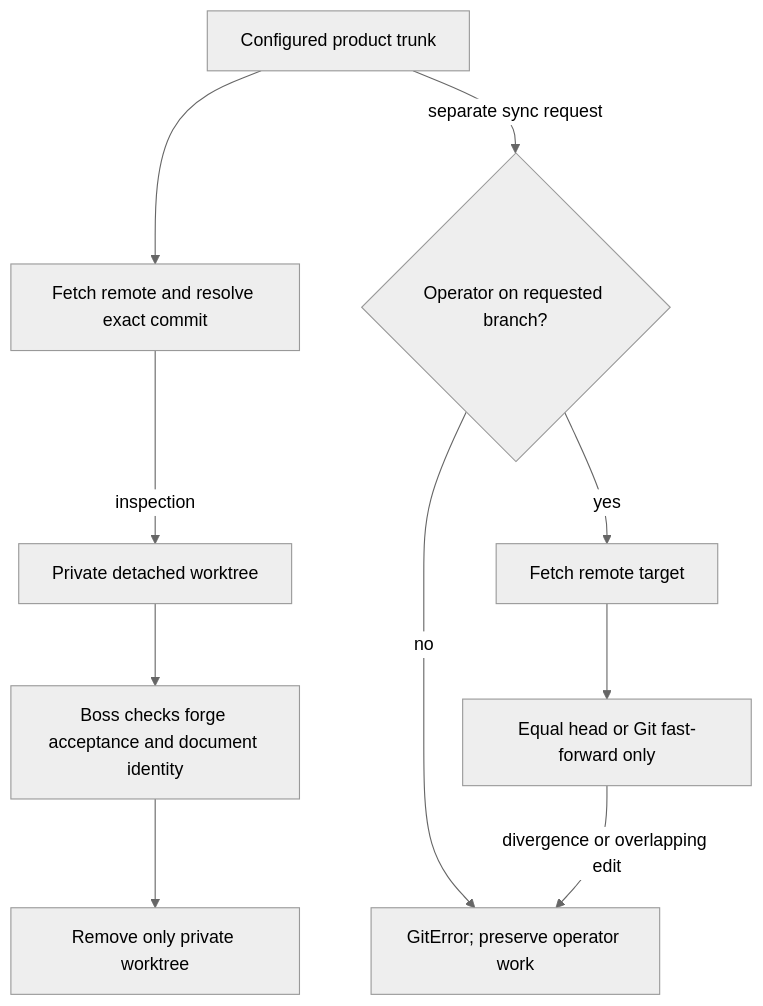
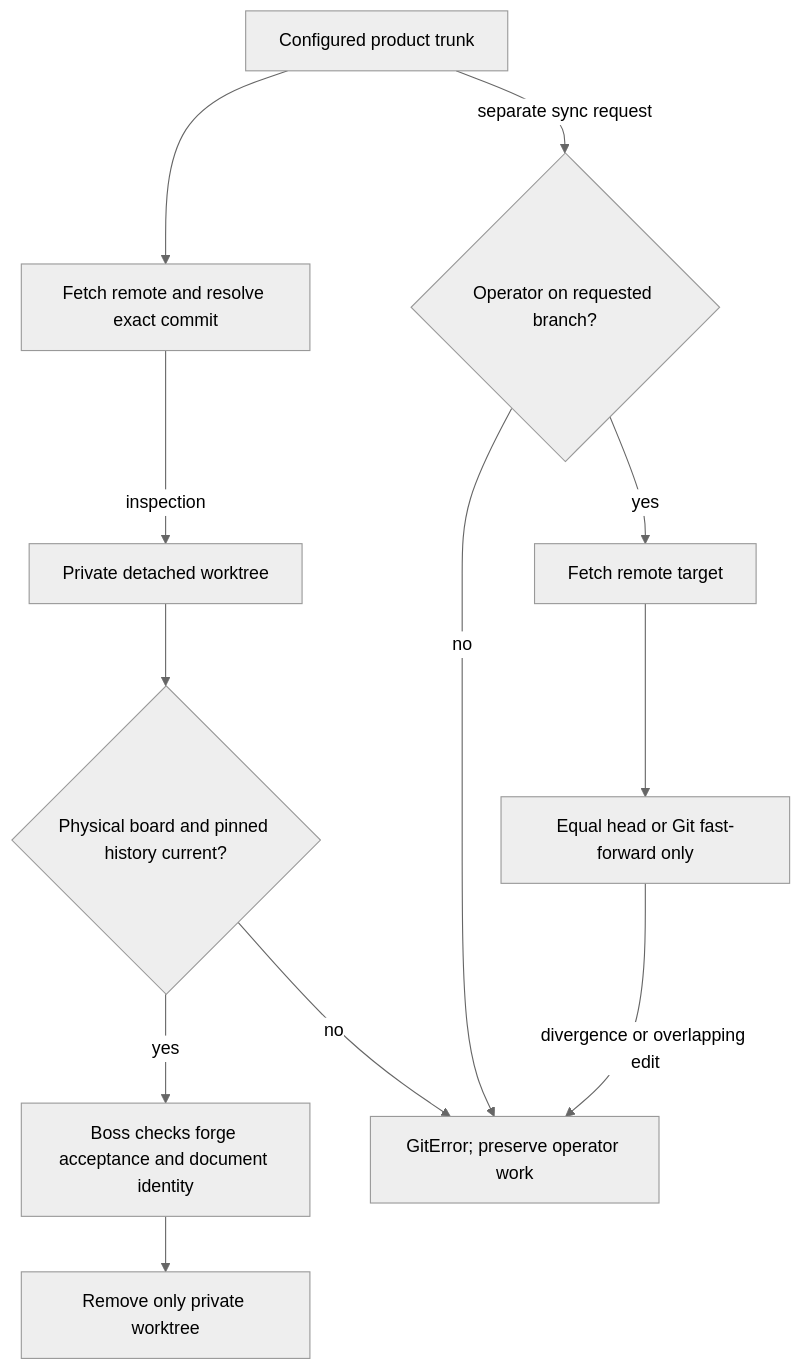
Before and after one commit to vincentc-b/CascadeCode: the first of 6 diagrams in cascade/workspace/DESIGN.md, drawn with Mermaid (neutral theme). The commit also changed other lines of this file and 13 other files, not shown here.

````diff
--- a/cascade/workspace/DESIGN.md
+++ b/cascade/workspace/DESIGN.md
@@ -42,12 +58,14 @@
 ```mermaid
 flowchart TD
     Target[Configured product trunk] --> Fetch[Fetch remote and resolve exact commit]
     Fetch -->|inspection| Detached[Private detached worktree]
-    Detached --> Caller[Boss checks forge acceptance and document identity]
+    Detached --> History{Physical board and pinned history current?}
+    History -->|yes| Caller[Boss checks forge acceptance and document identity]
+    History -->|no| Refuse
     Caller --> Cleanup[Remove only private worktree]
     Target -->|separate sync request| Branch{Operator on requested branch?}
     Branch -->|yes| SyncFetch[Fetch remote target]
     SyncFetch --> FF[Equal head or Git fast-forward only]
     Branch -->|no| Refuse[GitError; preserve operator work]
     FF -->|divergence or overlapping edit| Refuse
 ```
````
